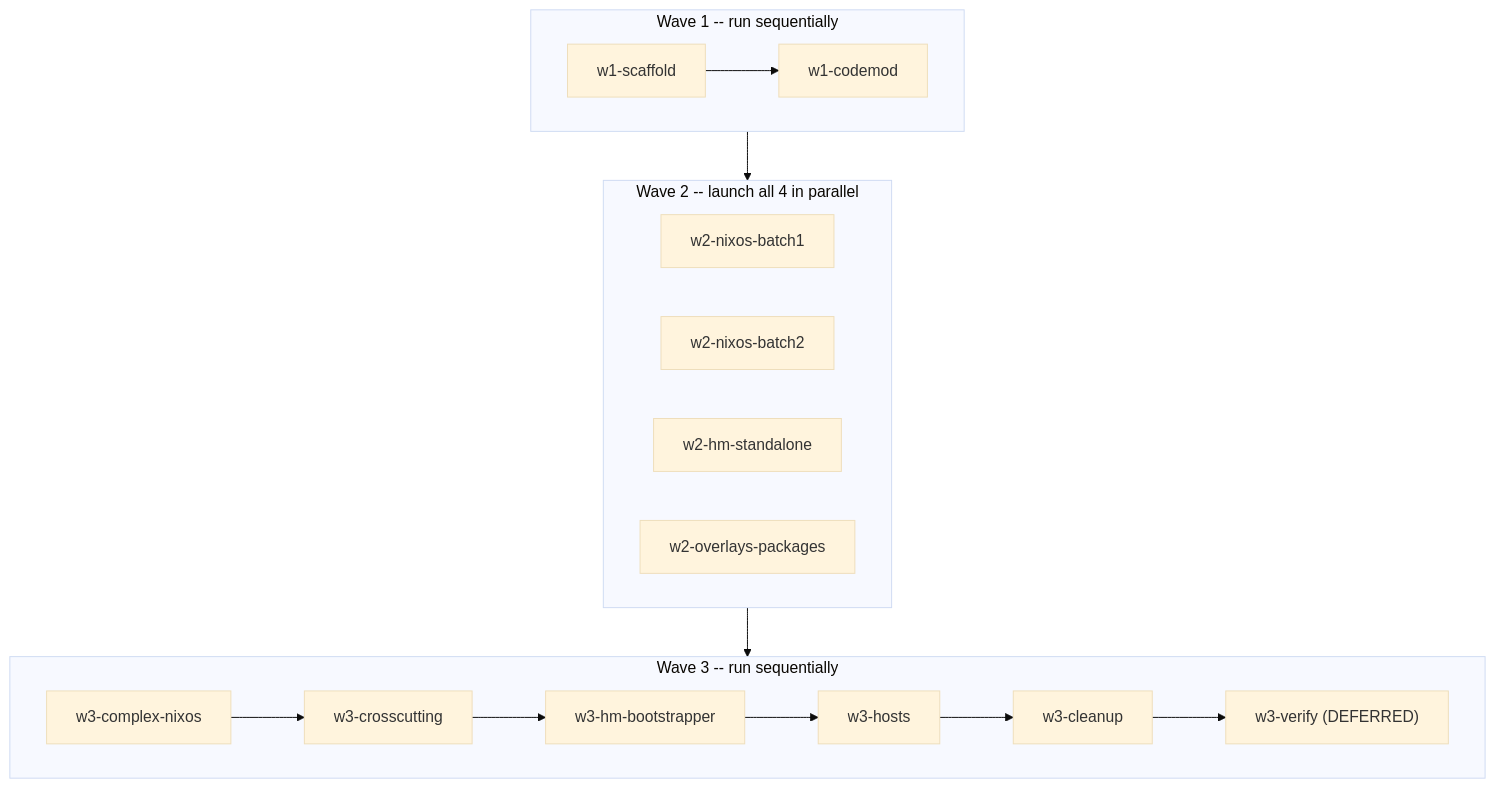
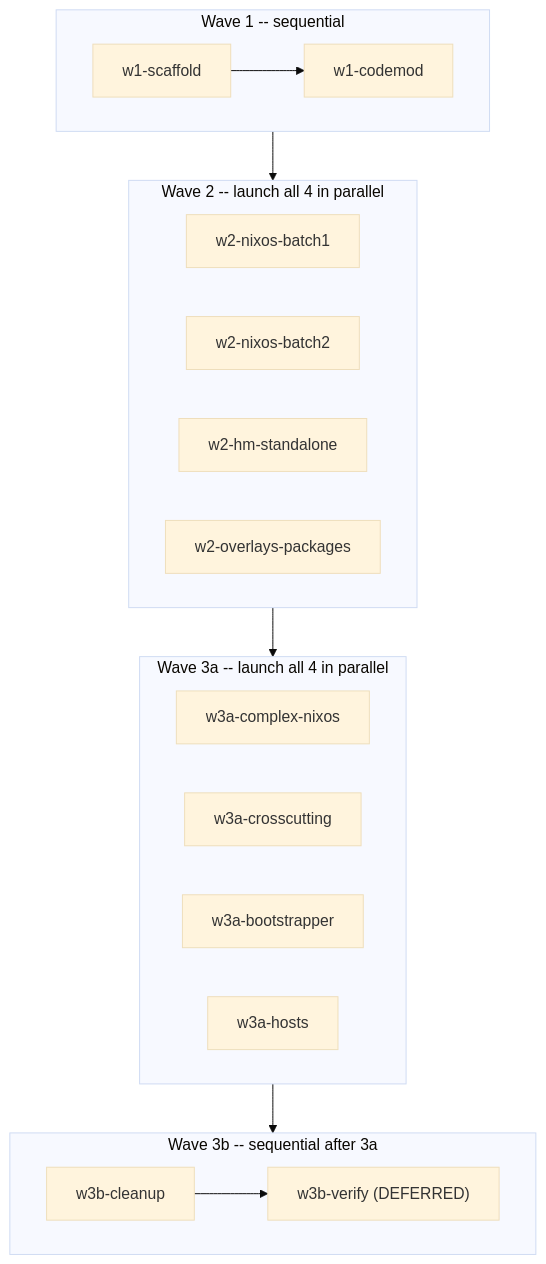
The diagram in plans/dendritic-migration.plan.md (aidenscott2016/nixos), drawn with Mermaid (base theme) before and after one commit. The commit also changed other lines of this file, not shown here.

First line of the commit message:
docs(plans): parallelise wave 3 into 3a (4 parallel) + 3b (cleanup)

````diff
--- a/plans/dendritic-migration.plan.md
+++ b/plans/dendritic-migration.plan.md
@@ -139,24 +139,30 @@
 ```mermaid
 graph TD
-  subgraph wave1 [Wave 1 -- run sequentially]
+  subgraph wave1 [Wave 1 -- sequential]
     S1[w1-scaffold] --> S2[w1-codemod]
   end
 
   subgraph wave2 [Wave 2 -- launch all 4 in parallel]
     A[w2-nixos-batch1]
     B[w2-nixos-batch2]
     C[w2-hm-standalone]
     D[w2-overlays-packages]
   end
 
-  subgraph wave3 [Wave 3 -- run sequentially]
-    E1[w3-complex-nixos] --> E2[w3-crosscutting]
-    E2 --> E3[w3-hm-bootstrapper]
-    E3 --> E4[w3-hosts]
-    E4 --> E5[w3-cleanup]
-    E5 --> E6["w3-verify (DEFERRED)"]
+  subgraph wave3a [Wave 3a -- launch all 4 in parallel]
+    F1[w3a-complex-nixos]
+    F2[w3a-crosscutting]
+    F3[w3a-bootstrapper]
+    F4[w3a-hosts]
+  end
+
+  subgraph wave3b [Wave 3b -- sequential after 3a]
+    G1[w3b-cleanup]
+    G2["w3b-verify (DEFERRED)"]
+    G1 --> G2
   end
 
   wave1 --> wave2
-  wave2 --> wave3
+  wave2 --> wave3a
+  wave3a --> wave3b
 ```
````
